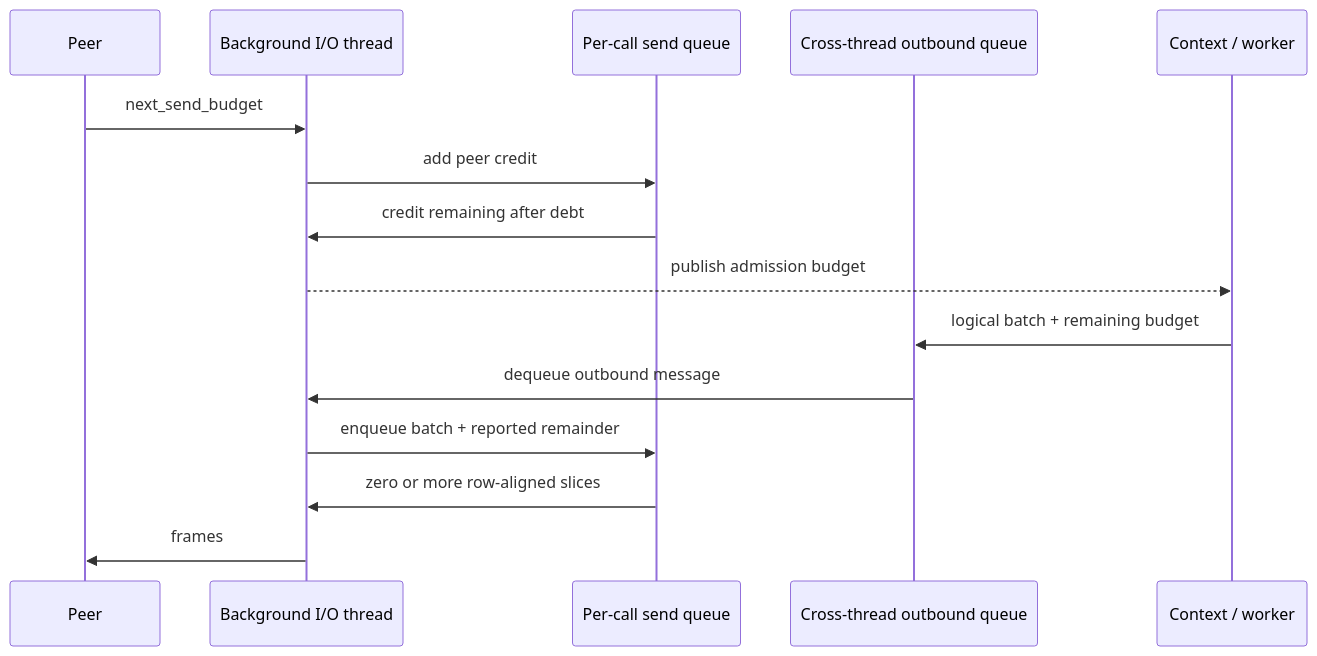
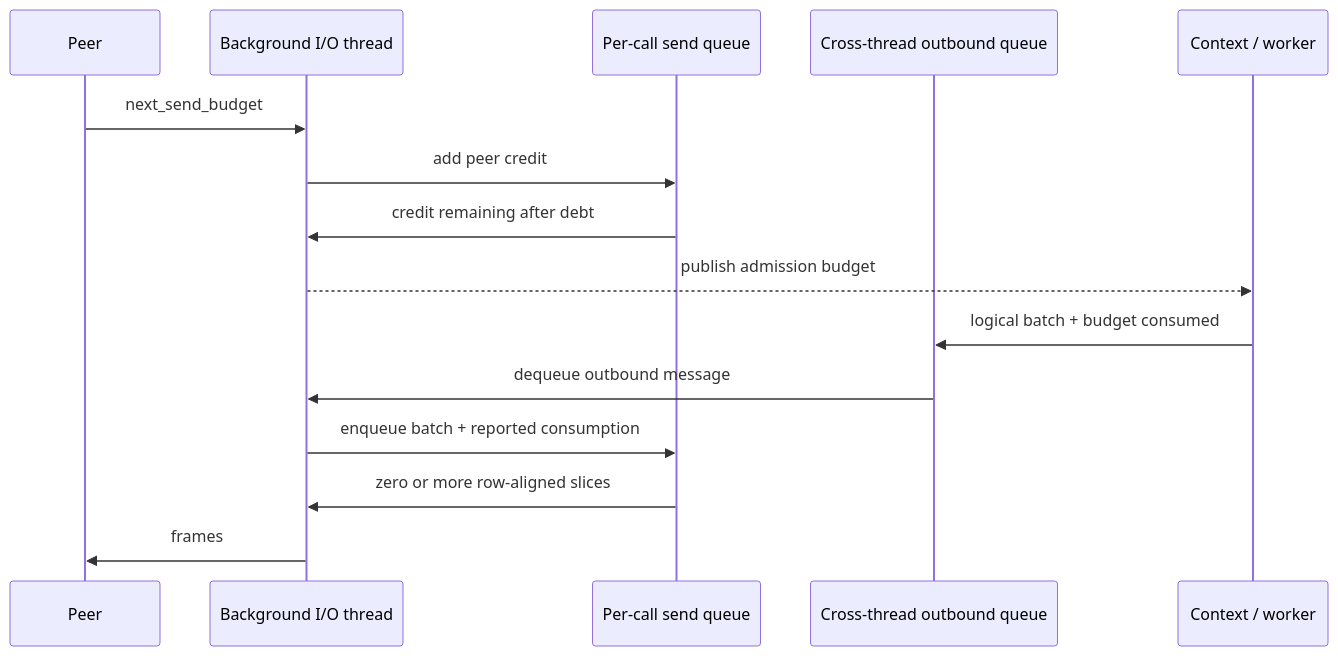
Before and after one commit to exasol/udf-runner-cpp: the first of 2 diagrams in doc/design/v2/runner/send_budget_reconciliation.md, drawn with Mermaid. The commit also changed other lines of this file, not shown here.

Commit message:
#129: Correct send budget accounting design

````diff
--- a/doc/design/v2/runner/send_budget_reconciliation.md
+++ b/doc/design/v2/runner/send_budget_reconciliation.md
@@ -10,17 +10,17 @@
 ```mermaid
 sequenceDiagram
     participant P as Peer
     participant B as Background I/O thread
     participant S as Per-call send queue
     participant X as Cross-thread outbound queue
     participant C as Context / worker
     P->>B: next_send_budget
     B->>S: add peer credit
     S->>B: credit remaining after debt
     B-->>C: publish admission budget
-    C->>X: logical batch + remaining budget
+    C->>X: logical batch + budget consumed
     X->>B: dequeue outbound message
-    B->>S: enqueue batch + reported remainder
+    B->>S: enqueue batch + reported consumption
     S->>B: zero or more row-aligned slices
     B->>P: frames
 ```
````
